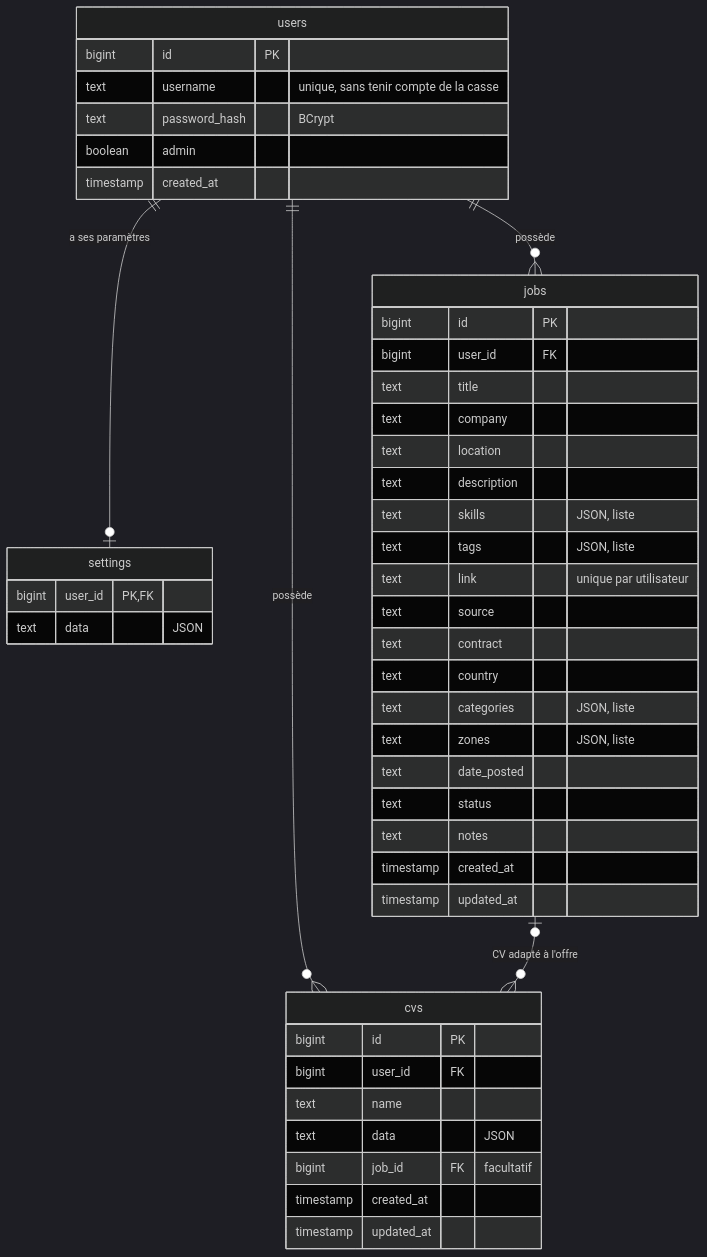
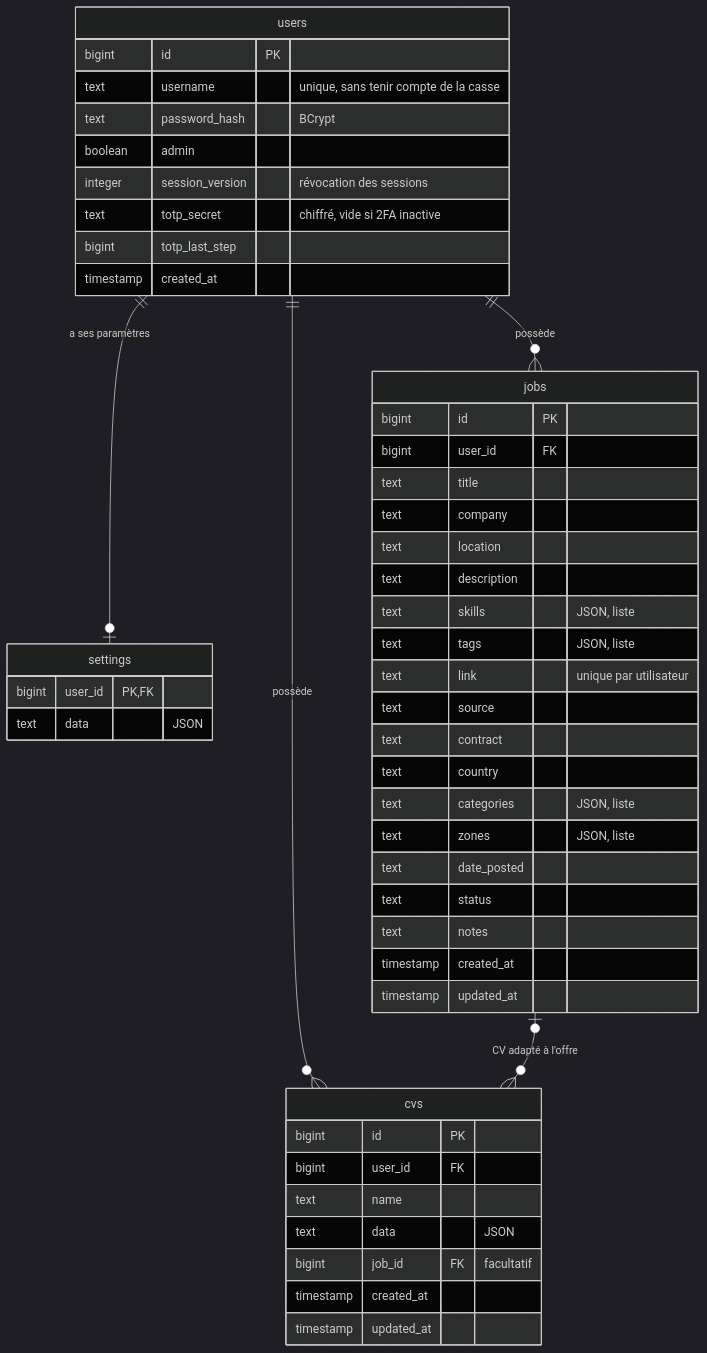
The diagram in docs/base-de-donnees.md (MrAmarok/slimy-career), drawn with Mermaid (dark theme) before and after one commit. The commit also changed other lines of this file and 2 other files, not shown here.

````diff
--- a/docs/base-de-donnees.md
+++ b/docs/base-de-donnees.md
@@ -10,52 +10,55 @@
 ```mermaid
 erDiagram
     users ||--o| settings : "a ses paramètres"
     users ||--o{ jobs : "possède"
     users ||--o{ cvs : "possède"
     jobs  |o--o{ cvs : "CV adapté à l'offre"
 
     users {
         bigint id PK
         text username "unique, sans tenir compte de la casse"
         text password_hash "BCrypt"
         boolean admin
+        integer session_version "révocation des sessions"
+        text totp_secret "chiffré, vide si 2FA inactive"
+        bigint totp_last_step
         timestamp created_at
     }
 
     settings {
         bigint user_id PK, FK
         text data "JSON"
     }
 
     jobs {
         bigint id PK
         bigint user_id FK
         text title
         text company
         text location
         text description
         text skills "JSON, liste"
         text tags "JSON, liste"
         text link "unique par utilisateur"
         text source
         text contract
         text country
         text categories "JSON, liste"
         text zones "JSON, liste"
         text date_posted
         text status
         text notes
         timestamp created_at
         timestamp updated_at
     }
 
     cvs {
         bigint id PK
         bigint user_id FK
         text name
         text data "JSON"
         bigint job_id FK "facultatif"
         timestamp created_at
         timestamp updated_at
     }
 ```
````
